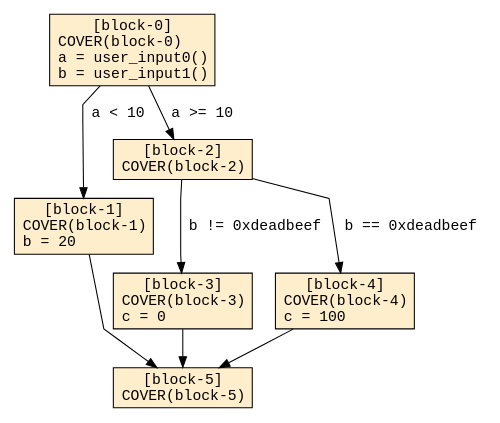
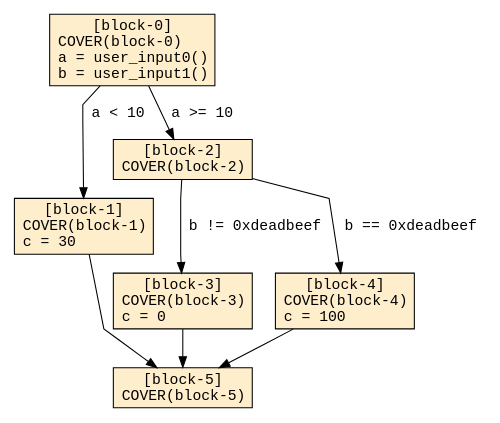
The diagram in methodology/graphs/graph-1.dot (dbrumley/binary-editing-for-fuzzing), drawn with Graphviz before and after one commit. The commit also changed 3 other files, not shown here.

Commit message:
Graphs were wrong. Graphs are fixed.

```diff
--- a/methodology/graphs/graph-1.dot
+++ b/methodology/graphs/graph-1.dot
@@ -1,20 +1,20 @@
 digraph G {
     size="5.0,6.0";
     graph [fontname="Courier New", splines="polyline"]
     node [fontname="Courier New"]
     edge [fontname="Courier New"]
     0 [shape="box", label="[block-0]\nCOVER(block-0)\la = user_input0()\lb = user_input1()\l", style="filled", fillcolor="#ffeecc"];
-    1 [shape="box", label="[block-1]\nCOVER(block-1)\lb = 20\l", style="filled", fillcolor="#ffeecc"];
+    1 [shape="box", label="[block-1]\nCOVER(block-1)\lc = 30\l", style="filled", fillcolor="#ffeecc"];
     2 [shape="box", label="[block-2]\nCOVER(block-2)\l", style="filled", fillcolor="#ffeecc"];
     3 [shape="box", label="[block-3]\nCOVER(block-3)\lc = 0\l", style="filled", fillcolor="#ffeecc"];
     4 [shape="box", label="[block-4]\nCOVER(block-4)\lc = 100\l", style="filled", fillcolor="#ffeecc"];
     5 [shape="box", label="[block-5]\nCOVER(block-5)\l", style="filled", fillcolor="#ffeecc"];
     
     0 -> 1 [label=" a < 10 "];
     0 -> 2 [label=" a >= 10 "];
     1 -> 5;
     2 -> 3 [label=" b != 0xdeadbeef "];
     2 -> 4 [label=" b == 0xdeadbeef "];
     3 -> 5;
     4 -> 5;
 }
```
